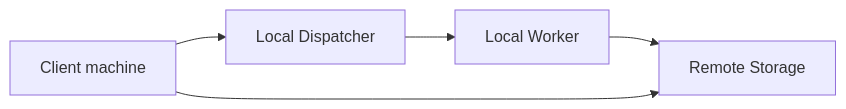
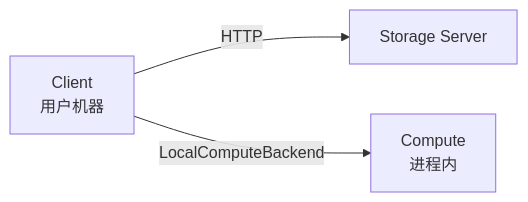
Before and after one commit to RESBI/StockStatistic: the seventh of 10 diagrams in V31design/designV31/DESIGN_ARCH_V31.md, drawn with Mermaid. The commit also changed other lines of this file and 27 other files, not shown here.

First line of the commit message:
Overwrite V31design with finalized V3.1 architecture docs + implementation reports

````diff
--- a/V31design/designV31/DESIGN_ARCH_V31.md
+++ b/V31design/designV31/DESIGN_ARCH_V31.md
@@ -374,7 +523,5 @@
 ```mermaid
-flowchart LR
-    U[Client machine] --> D[Local Dispatcher]
-    D --> W[Local Worker]
-    W --> S[Remote Storage]
-    U --> S
+graph LR
+    I[Client<br/>用户机器] -->|HTTP| S[Storage Server]
+    I -->|LocalComputeBackend| C[Compute<br/>进程内]
 ```
````
